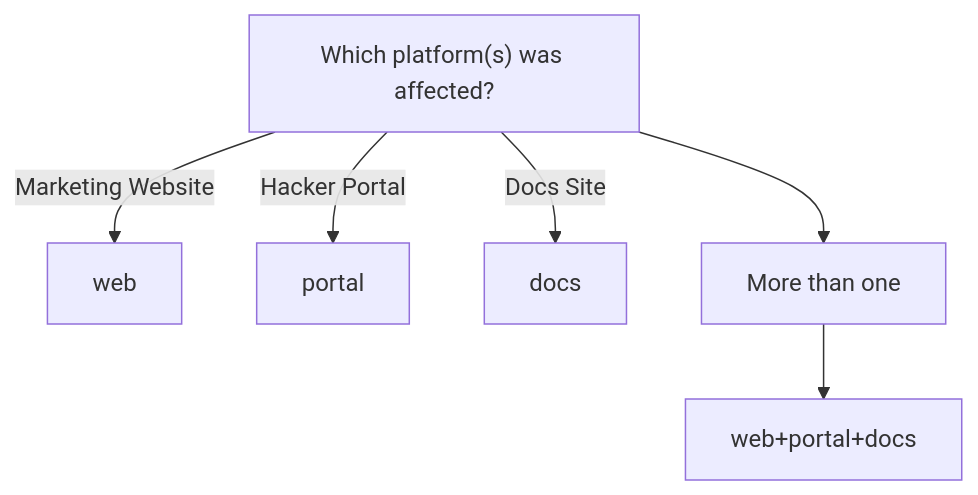
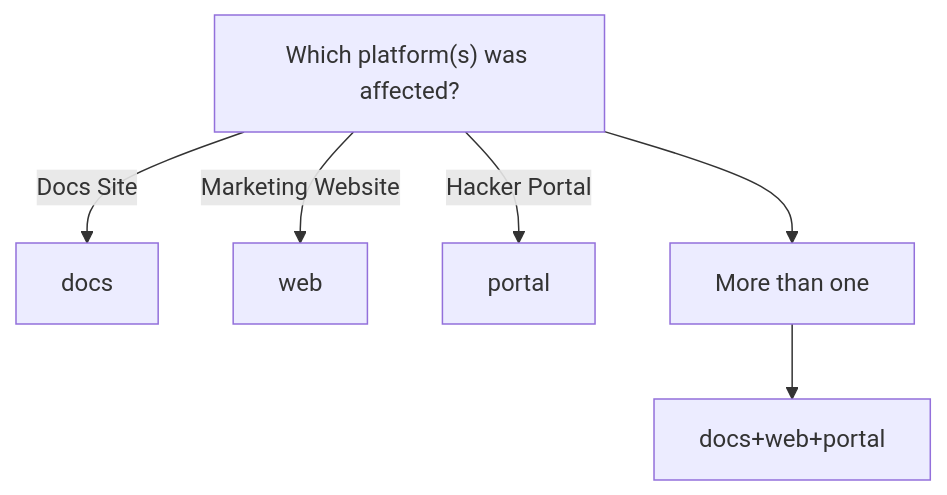
One commit to cuhacking/2025 changed the third of 3 diagrams in apps/docs/src/content/docs/contribution-guidelines/conventional-commits.mdx. Above: the diagram before and after it, drawn with Mermaid. The commit also changed other lines of this file, not shown here.

Commit message:
docs(conventional-commits): change second scope level order priority to docs+web+portal

````diff
--- a/apps/docs/src/content/docs/contribution-guidelines/conventional-commits.mdx
+++ b/apps/docs/src/content/docs/contribution-guidelines/conventional-commits.mdx
@@ -74,9 +74,9 @@
 ```mermaid
 flowchart TD
 n1["Which platform(s) was affected?"]
+n1 --> |"Docs Site"| n4["docs"]
 n1 --> |"Marketing Website"| n2["web"]
 n1 --> |"Hacker Portal"| n3["portal"]
-n1 --> |"Docs Site" | n4["docs"]
 n1 --> n5["More than one"]
-n5 --> n6["web+portal+docs"]
+n5 --> n6["docs+web+portal"]
 ```
````
